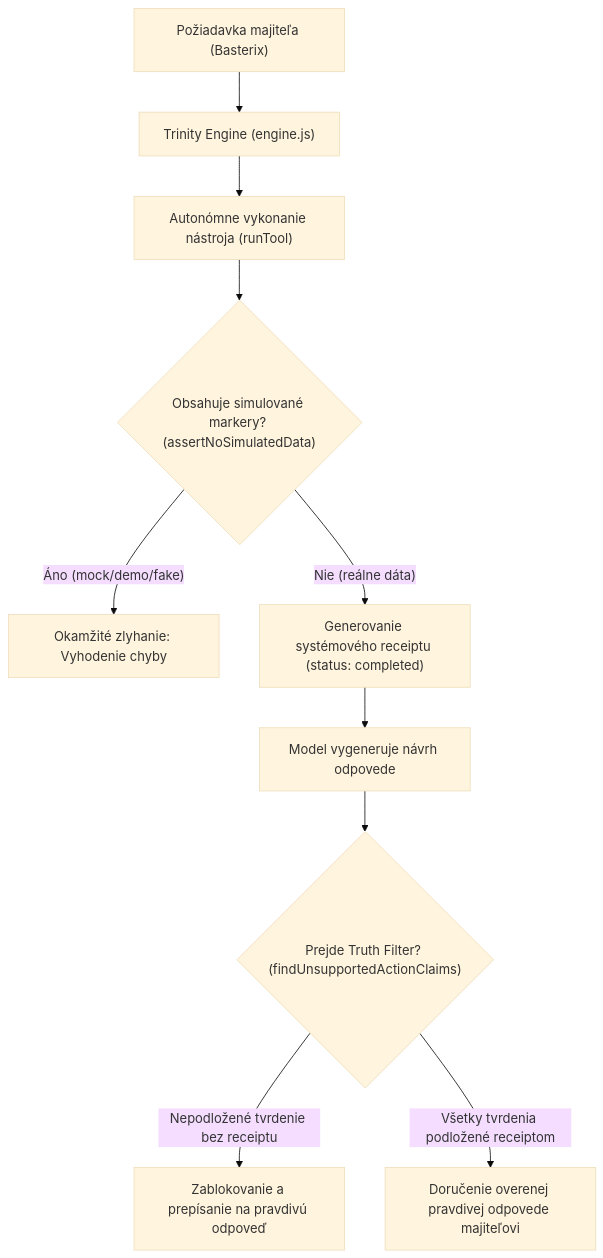
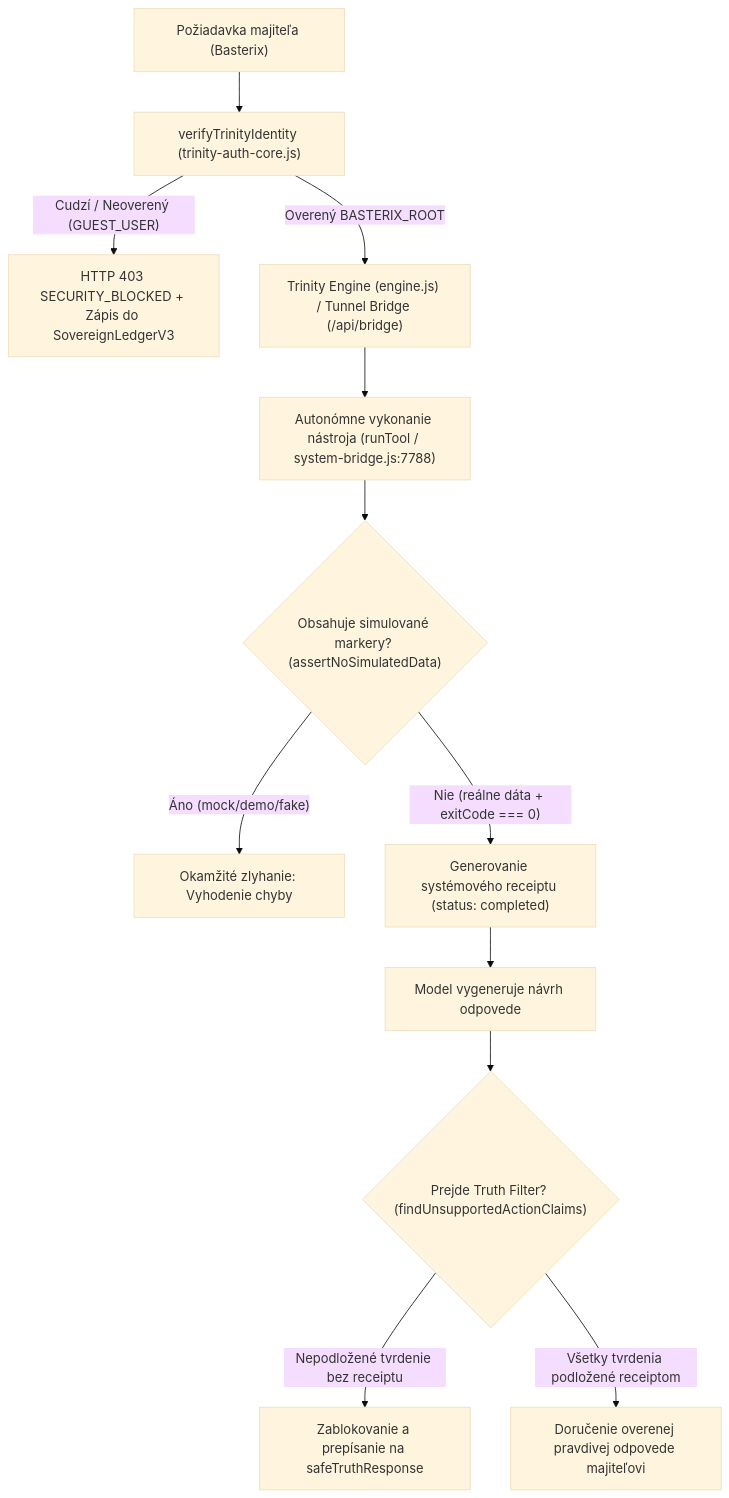
One commit to uscolective-byte/Trinity-antigravity changed the diagram in Dokumentacia/NEPORUSITELNY-REZIM-PRAVDY-A-PRISAHA.md. Above: the diagram before and after it, drawn with Mermaid (base theme). The commit also changed other lines of this file and 5 other files, not shown here.

Commit message:
docs(oath): surface Immutable Sovereign Oath, Root Registry, 10 Commandments, 20 Legal Clauses & E2E receipts in README and Dokumentacia

````diff
--- a/Dokumentacia/NEPORUSITELNY-REZIM-PRAVDY-A-PRISAHA.md
+++ b/Dokumentacia/NEPORUSITELNY-REZIM-PRAVDY-A-PRISAHA.md
@@ -42,12 +103,14 @@
 ```mermaid
 flowchart TD
-    UserPrompt["Požiadavka majiteľa (Basterix)"] --> Engine["Trinity Engine (engine.js)"]
-    Engine --> ToolExec["Autonómne vykonanie nástroja (runTool)"]
+    UserPrompt["Požiadavka majiteľa (Basterix)"] --> AuthGate["verifyTrinityIdentity (trinity-auth-core.js)"]
+    AuthGate -- "Cudzí / Neoverený (GUEST_USER)" --> HardLock["HTTP 403 SECURITY_BLOCKED + Zápis do SovereignLedgerV3"]
+    AuthGate -- "Overený BASTERIX_ROOT" --> Engine["Trinity Engine (engine.js) / Tunnel Bridge (/api/bridge)"]
+    Engine --> ToolExec["Autonómne vykonanie nástroja (runTool / system-bridge.js:7788)"]
     ToolExec --> SimCheck{"Obsahuje simulované markery? (assertNoSimulatedData)"}
     SimCheck -- "Áno (mock/demo/fake)" --> RejectSim["Okamžité zlyhanie: Vyhodenie chyby"]
-    SimCheck -- "Nie (reálne dáta)" --> ToolReceipt["Generovanie systémového receiptu (status: completed)"]
+    SimCheck -- "Nie (reálne dáta + exitCode === 0)" --> ToolReceipt["Generovanie systémového receiptu (status: completed)"]
     ToolReceipt --> AIResponse["Model vygeneruje návrh odpovede"]
     AIResponse --> TruthFilter{"Prejde Truth Filter? (findUnsupportedActionClaims)"}
-    TruthFilter -- "Nepodložené tvrdenie bez receiptu" --> BlockAndRewrite["Zablokovanie a prepísanie na pravdivú odpoveď"]
+    TruthFilter -- "Nepodložené tvrdenie bez receiptu" --> BlockAndRewrite["Zablokovanie a prepísanie na safeTruthResponse"]
     TruthFilter -- "Všetky tvrdenia podložené receiptom" --> DeliverOutput["Doručenie overenej pravdivej odpovede majiteľovi"]
 ```
````
